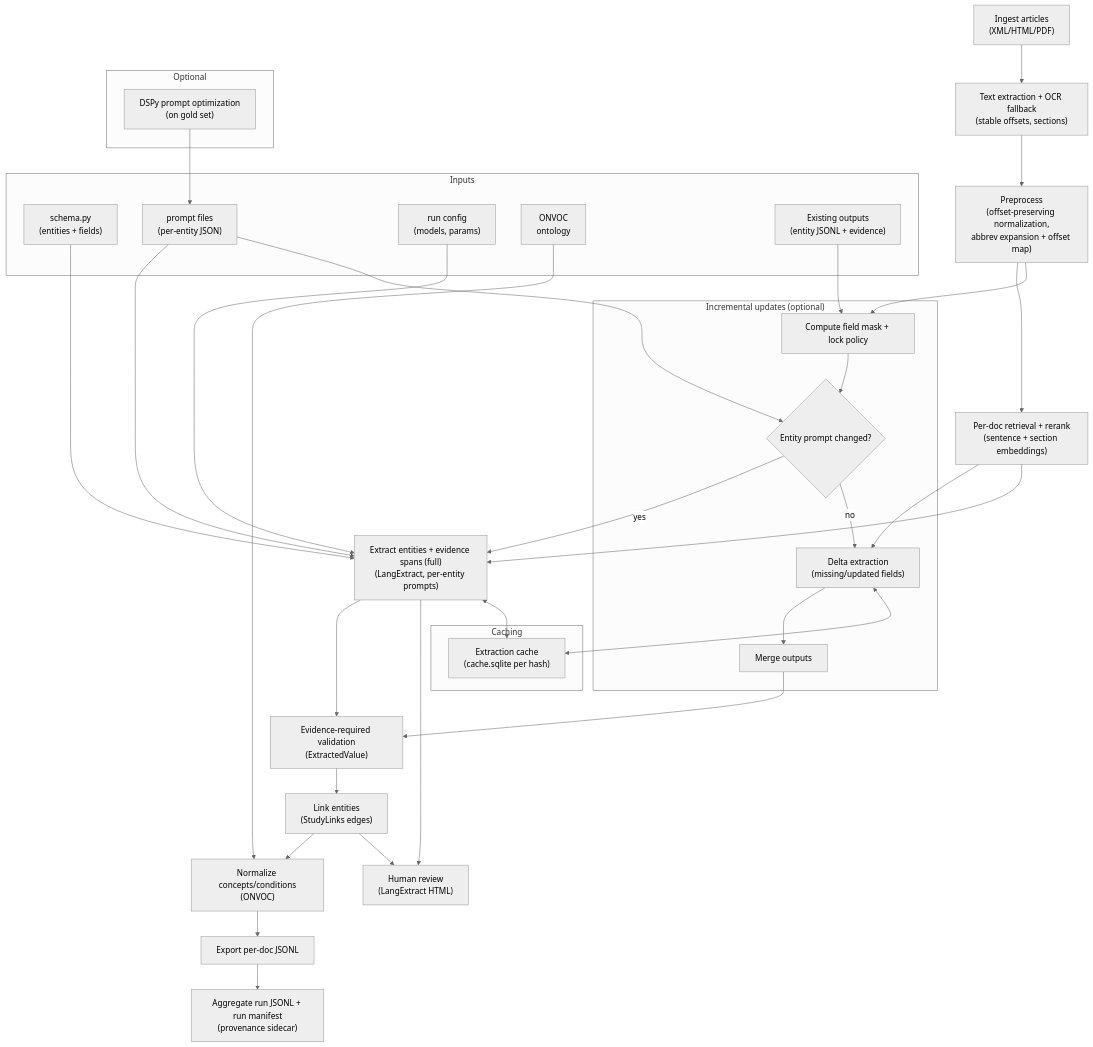
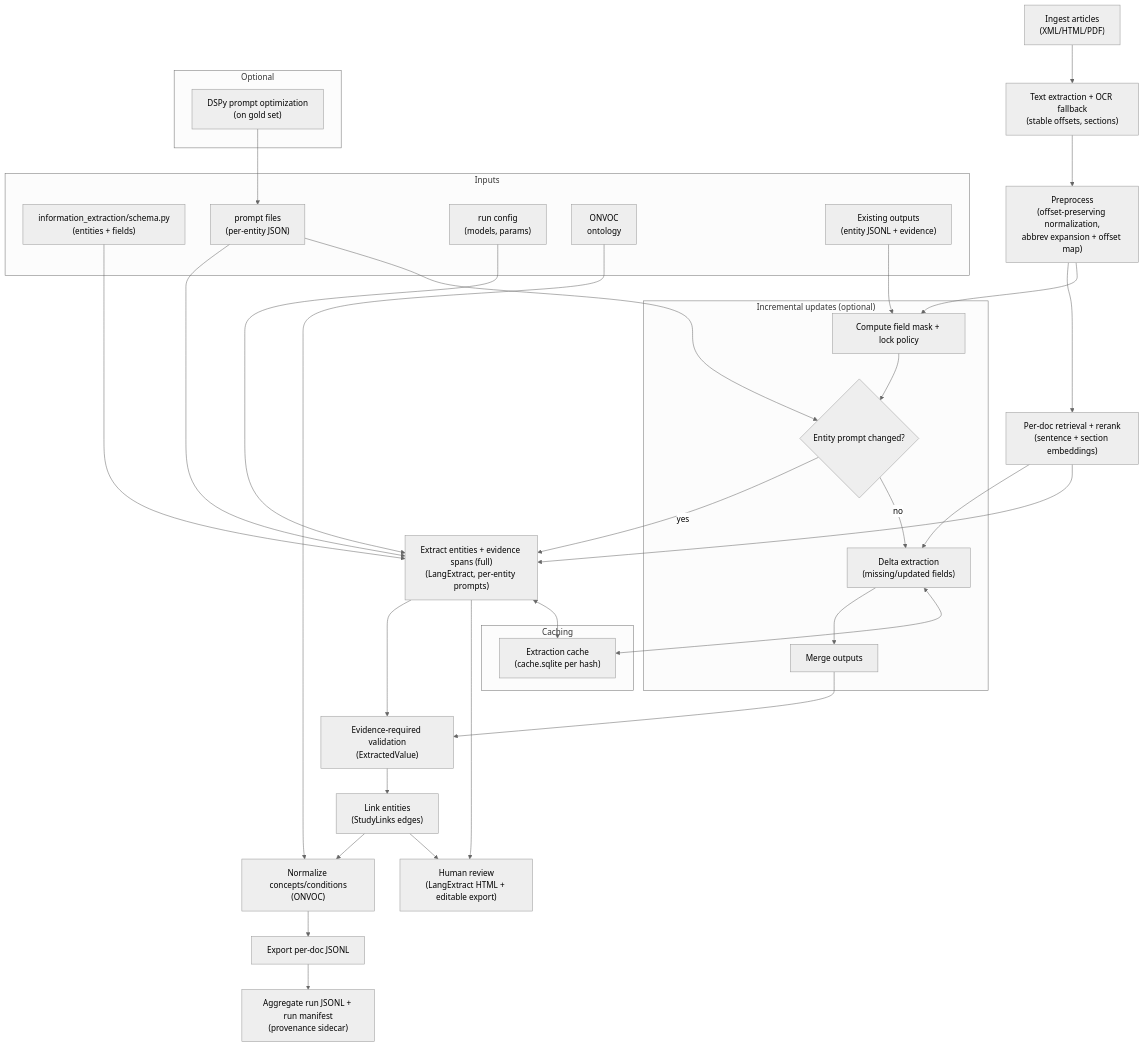
The diagram in README.md (neurostuff/pondie), drawn with Mermaid (neutral theme) before and after one commit. The commit also changed other lines of this file and 35 other files, not shown here.

Commit message:
wip: mvp lang-extract

````diff
--- a/README.md
+++ b/README.md
@@ -53,56 +53,56 @@
 ```mermaid
 flowchart TD
   A["Ingest articles<br/>(XML/HTML/PDF)"] --> B["Text extraction + OCR fallback<br/>(stable offsets, sections)"]
   B --> C["Preprocess<br/>(offset-preserving normalization,<br/>abbrev expansion + offset map)"]
   C --> Q["Per-doc retrieval + rerank<br/>(sentence + section embeddings)"]
   Q --> D["Extract entities + evidence spans (full)<br/>(LangExtract, per-entity prompts)"]
   D --> E["Evidence-required validation<br/>(ExtractedValue)"]
   E --> F["Link entities<br/>(StudyLinks edges)"]
   F --> G["Normalize concepts/conditions<br/>(ONVOC)"]
   G --> H["Export per-doc JSONL"]
   H --> I["Aggregate run JSONL + run manifest<br/>(provenance sidecar)"]
 
-  D --> R["Human review<br/>(LangExtract HTML)"]
+  D --> R["Human review<br/>(LangExtract HTML + editable export)"]
   F --> R
 
   subgraph Inputs
-    S["schema.py<br/>(entities + fields)"]
+    S["information_extraction/schema.py<br/>(entities + fields)"]
     P["prompt files<br/>(per-entity JSON)"]
     Cfg["run config<br/>(models, params)"]
     V["ONVOC<br/>ontology"]
     X["Existing outputs<br/>(entity JSONL + evidence)"]
   end
 
   S --> D
   P --> D
   Cfg --> D
   V --> G
 
   subgraph Incremental_Updates["Incremental updates (optional)"]
     Y["Compute field mask + lock policy"]
     Z{"Entity prompt changed?"}
     W["Delta extraction<br/>(missing/updated fields)"]
     M["Merge outputs"]
   end
 
   C --> Y
   X --> Y
   P --> Z
   Y --> Z
   Z -- "yes" --> D
   Z -- "no" --> W
   Q --> W
   W --> M
   M --> E
 
   subgraph Caching
     Cache["Extraction cache<br/>(cache.sqlite per hash)"]
   end
   D <--> Cache
   W <--> Cache
 
   subgraph Optional
     O["DSPy prompt optimization<br/>(on gold set)"]
   end
   O --> P
 ```
````
